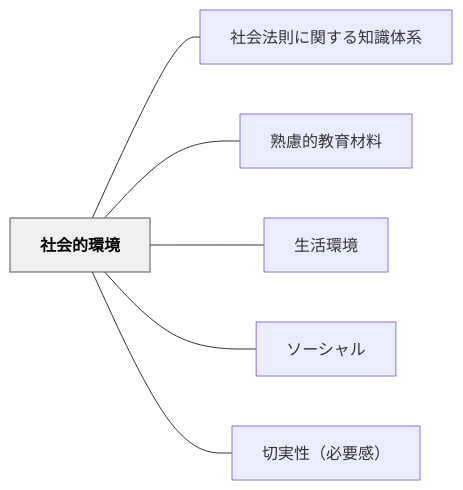
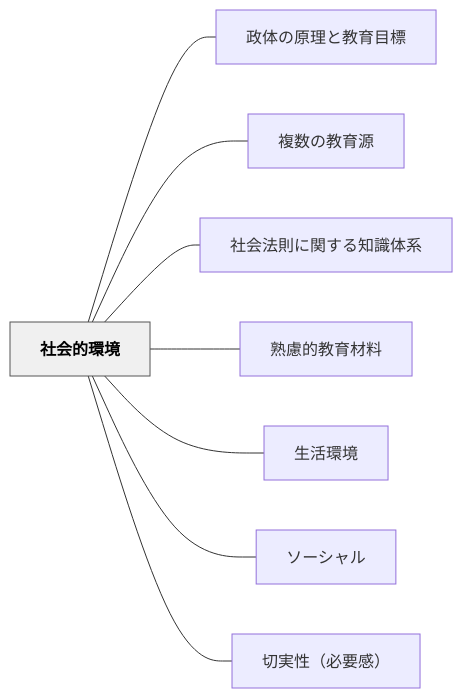
The diagram in content/パタン/社会的環境.md (unknownthings-ed-patterns/unknownthings-ed-patterns), drawn with Mermaid before and after one commit. The commit also changed other lines of this file and 16 other files, not shown here.

````diff
--- a/content/パタン/社会的環境.md
+++ b/content/パタン/社会的環境.md
@@ -48,18 +50,22 @@
 ```mermaid
 flowchart LR
     ne7a4bee4bc9ae79a84e792b0e5a283["社会的環境"]
+    ne694bfe4bd93e381aee58e9fe79086e381a8e69599e882b2e79baee6a899["政体の原理と教育目標"]
+    ne8a487e695b0e381aee69599e882b2e6ba90["複数の教育源"]
     ne7a4bee4bc9ae6b395e58987e381abe996a2e38199e3828be79fa5e8ad98e4bd93e7b3bb["社会法則に関する知識体系"]
     ne7869fe685aee79a84e69599e882b2e69d90e69699["熟慮的教育材料"]
     ne7949fe6b4bbe792b0e5a283["生活環境"]
     ne382bde383bce382b7e383a3e383ab["ソーシャル"]
     ne58887e5ae9fe680a7efbc88e5bf85e8a681e6849fefbc89["切実性（必要感）"]
 
+    ne7a4bee4bc9ae79a84e792b0e5a283 --- ne694bfe4bd93e381aee58e9fe79086e381a8e69599e882b2e79baee6a899
+    ne7a4bee4bc9ae79a84e792b0e5a283 --- ne8a487e695b0e381aee69599e882b2e6ba90
     ne7a4bee4bc9ae79a84e792b0e5a283 --- ne7a4bee4bc9ae6b395e58987e381abe996a2e38199e3828be79fa5e8ad98e4bd93e7b3bb
     ne7a4bee4bc9ae79a84e792b0e5a283 --- ne7869fe685aee79a84e69599e882b2e69d90e69699
     ne7a4bee4bc9ae79a84e792b0e5a283 --- ne7949fe6b4bbe792b0e5a283
     ne7a4bee4bc9ae79a84e792b0e5a283 --- ne382bde383bce382b7e383a3e383ab
     ne7a4bee4bc9ae79a84e792b0e5a283 --- ne58887e5ae9fe680a7efbc88e5bf85e8a681e6849fefbc89
 
     classDef hub fill:#f0f0f0,stroke:#555,color:#000,font-weight:bold
     class ne7a4bee4bc9ae79a84e792b0e5a283 hub
 ```
````
